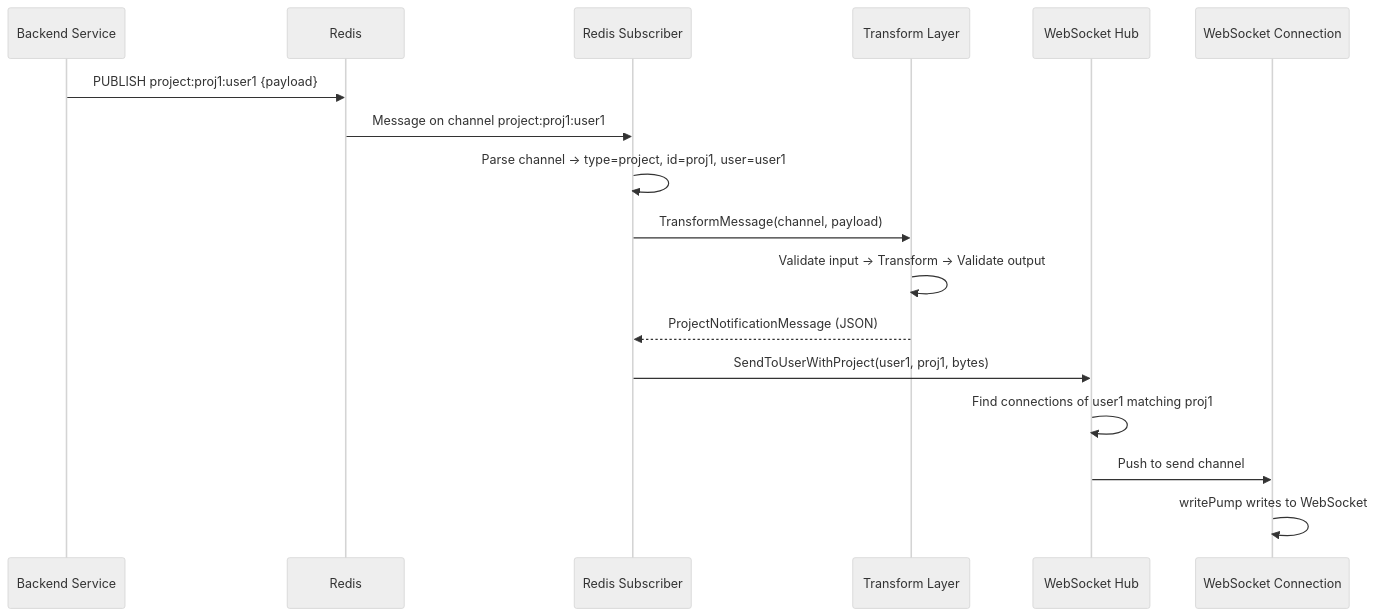
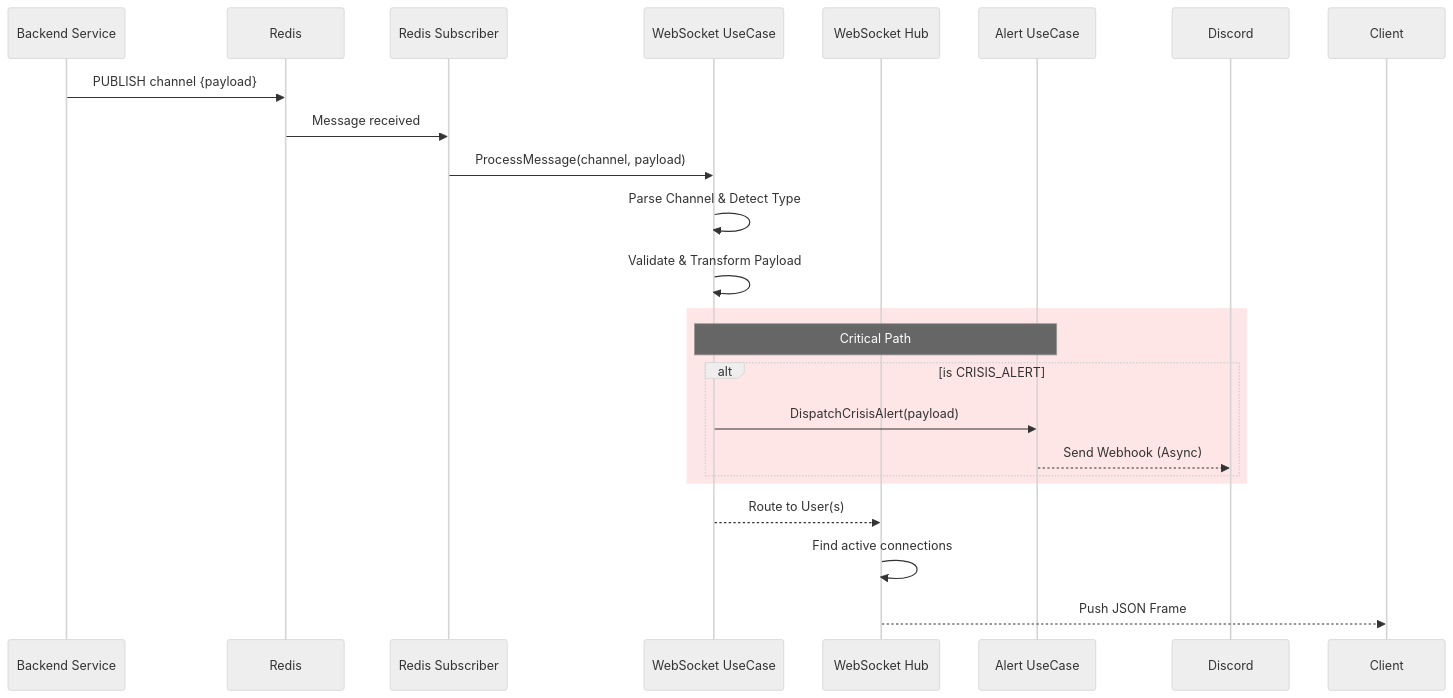
The second of 2 diagrams in documents/notification/notification.md (smap-hcmut/report), drawn with Mermaid (neutral theme) before and after one commit. The commit also changed other lines of this file and 8 other files, not shown here.

````diff
--- a/documents/notification/notification.md
+++ b/documents/notification/notification.md
@@ -67,20 +54,27 @@
 ```mermaid
 sequenceDiagram
     participant Publisher as Backend Service
     participant Redis
     participant Sub as Redis Subscriber
-    participant Transform as Transform Layer
+    participant UC as WebSocket UseCase
     participant Hub as WebSocket Hub
-    participant Conn as WebSocket Connection
+    participant Alert as Alert UseCase
 
-    Publisher->>Redis: PUBLISH project:proj1:user1 {payload}
-    Redis->>Sub: Message on channel project:proj1:user1
-    Sub->>Sub: Parse channel → type=project, id=proj1, user=user1
-    Sub->>Transform: TransformMessage(channel, payload)
-    Transform->>Transform: Validate input → Transform → Validate output
-    Transform-->>Sub: ProjectNotificationMessage (JSON)
-    Sub->>Hub: SendToUserWithProject(user1, proj1, bytes)
-    Hub->>Hub: Find connections of user1 matching proj1
-    Hub->>Conn: Push to send channel
-    Conn->>Conn: writePump writes to WebSocket
+    Publisher->>Redis: PUBLISH channel {payload}
+    Redis->>Sub: Message received
+    Sub->>UC: ProcessMessage(channel, payload)
+    UC->>UC: Parse Channel & Detect Type
+    UC->>UC: Validate & Transform Payload
+
+    rect rgb(255, 230, 230)
+    Note over UC, Alert: Critical Path
+    alt is CRISIS_ALERT
+        UC->>Alert: DispatchCrisisAlert(payload)
+        Alert-->>Discord: Send Webhook (Async)
+    end
+    end
+
+    UC-->>Hub: Route to User(s)
+    Hub->>Hub: Find active connections
+    Hub-->>Client: Push JSON Frame
 ```
````
